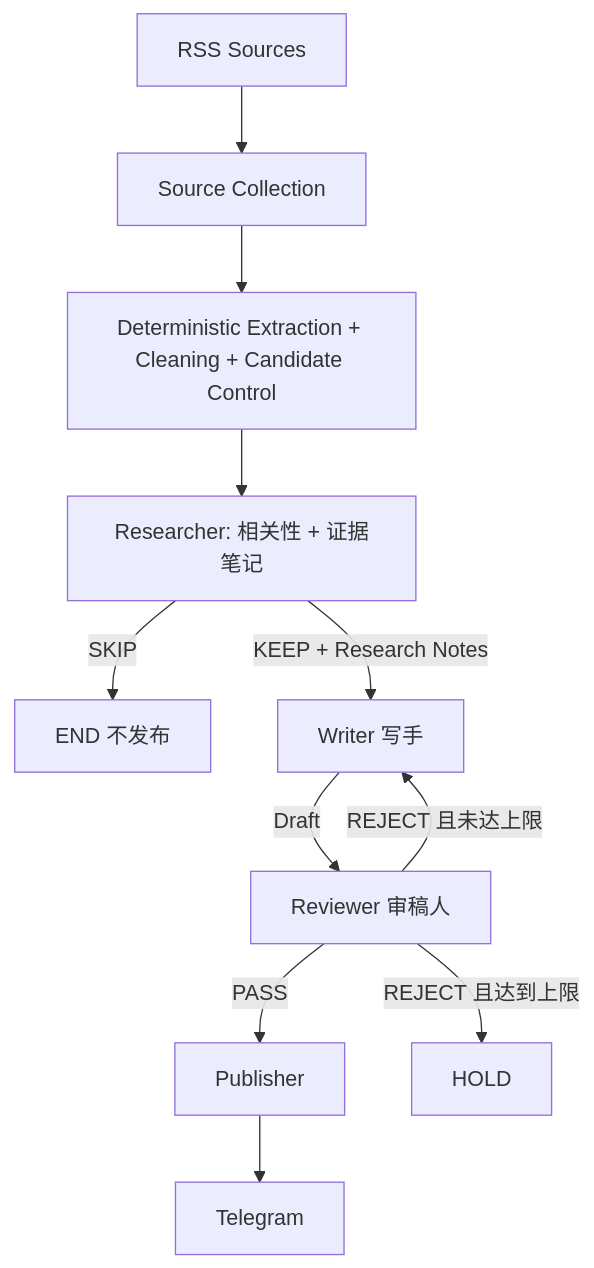
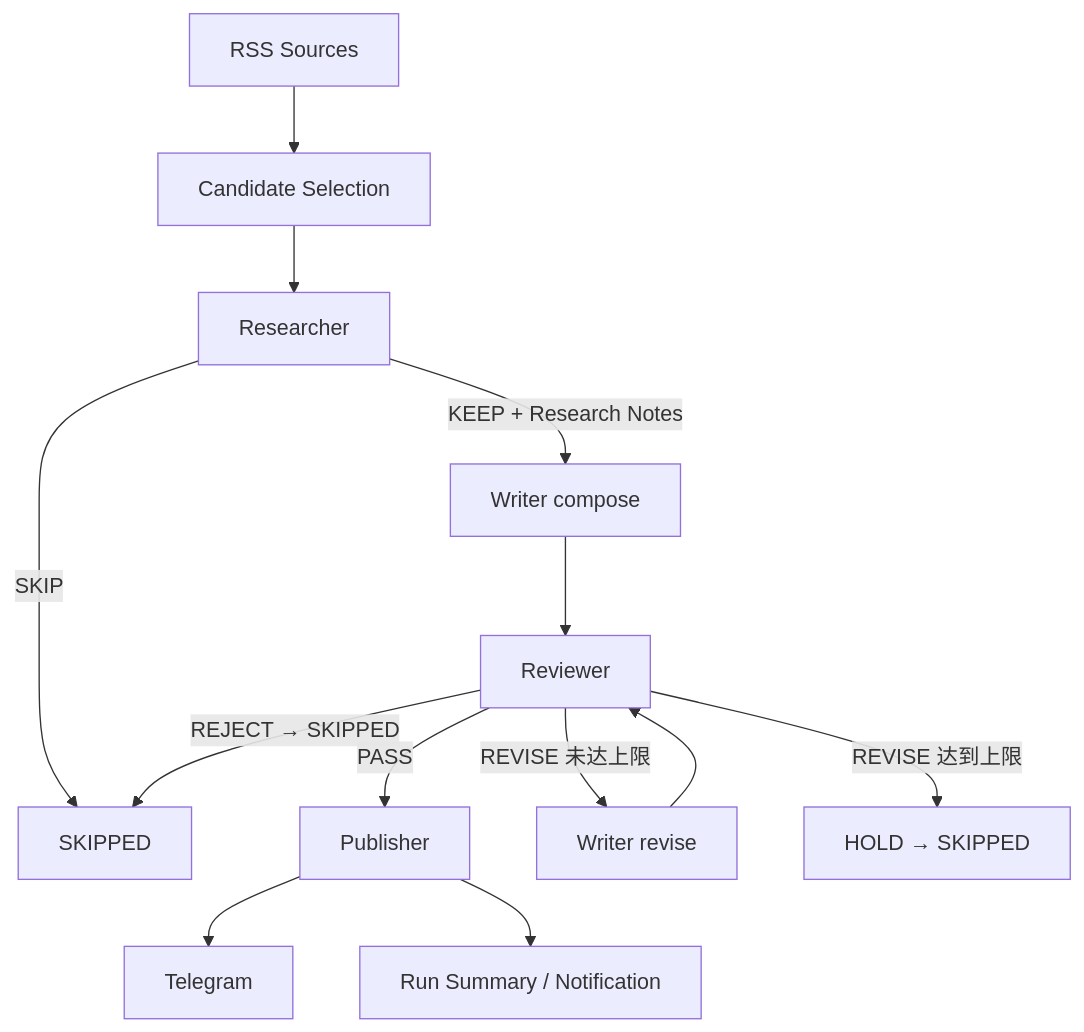
Before and after one commit to MartinKuai/chip-news-ai-workflow: the diagram in README.md, drawn with Mermaid. The commit also changed other lines of this file and 48 other files, not shown here.

First line of the commit message:
refactor: converge the pipeline on the news production architecture

````diff
--- a/README.md
+++ b/README.md
@@ -15,13 +15,15 @@
 ```mermaid
 flowchart TD
-    A[RSS Sources] --> B[Source Collection]
-    B --> C[Deterministic Extraction + Cleaning + Candidate Control]
-    C --> D[Researcher: 相关性 + 证据笔记]
-    D -->|SKIP| Z[END 不发布]
-    D -->|KEEP + Research Notes| E[Writer 写手]
-    E -->|Draft| F[Reviewer 审稿人]
-    F -->|PASS| G[Publisher]
-    F -->|REJECT 且未达上限| E
-    F -->|REJECT 且达到上限| H[HOLD]
-    G --> I[Telegram]
+    A[RSS Sources] --> B[Candidate Selection]
+    B --> C[Researcher]
+    C -->|SKIP| Z[SKIPPED]
+    C -->|KEEP + Research Notes| D[Writer compose]
+    D --> E[Reviewer]
+    E -->|PASS| F[Publisher]
+    E -->|REVISE 未达上限| G[Writer revise]
+    G --> E
+    E -->|REVISE 达到上限| H[HOLD → SKIPPED]
+    E -->|REJECT → SKIPPED| Z
+    F --> I[Telegram]
+    F --> J[Run Summary / Notification]
 ```
````
